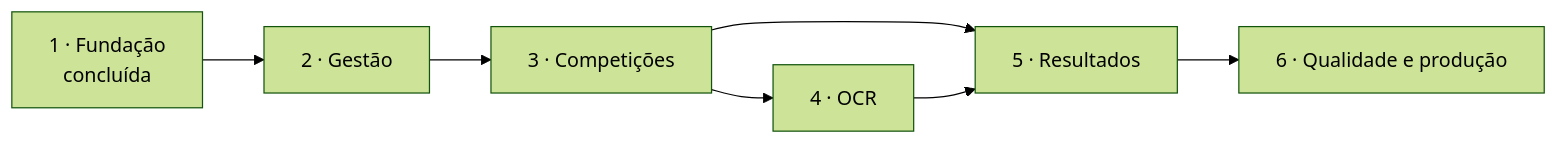
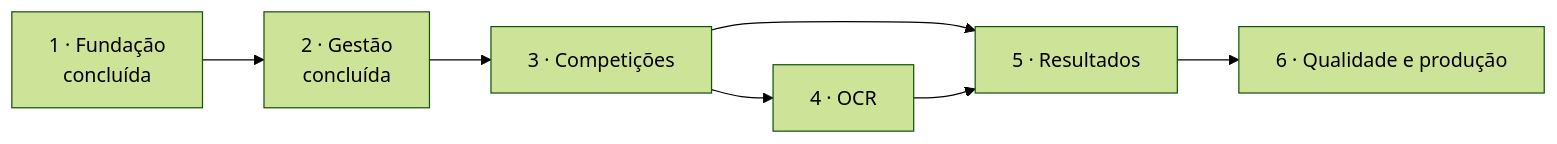
The diagram in docs/10-plano-de-fases.md (DaviLohan/sotops), drawn with Mermaid (forest theme) before and after one commit. The commit also changed other lines of this file and 43 other files, not shown here.

First line of the commit message:
Etapa B: gestão (Fase 2) concluída

````diff
--- a/docs/10-plano-de-fases.md
+++ b/docs/10-plano-de-fases.md
@@ -6,9 +6,9 @@
 ```mermaid
 flowchart LR
-  F1[1 · Fundação<br/>concluída] --> F2[2 · Gestão]
+  F1[1 · Fundação<br/>concluída] --> F2[2 · Gestão<br/>concluída]
   F2 --> F3[3 · Competições]
   F3 --> F4[4 · OCR]
   F3 --> F5[5 · Resultados]
   F4 --> F5
   F5 --> F6[6 · Qualidade e produção]
 ```
````
